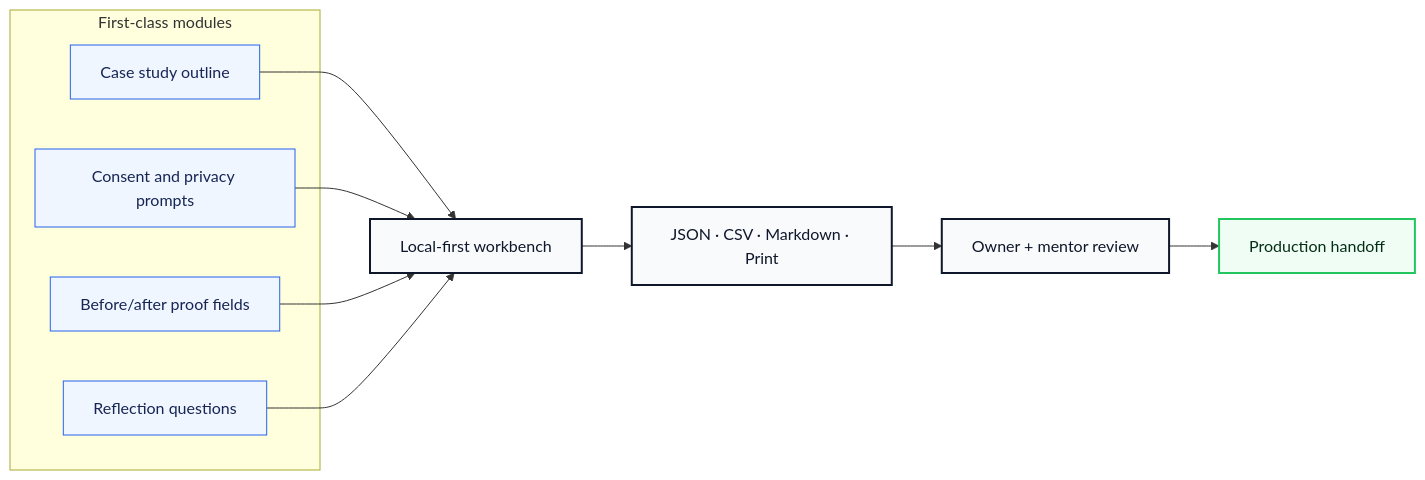
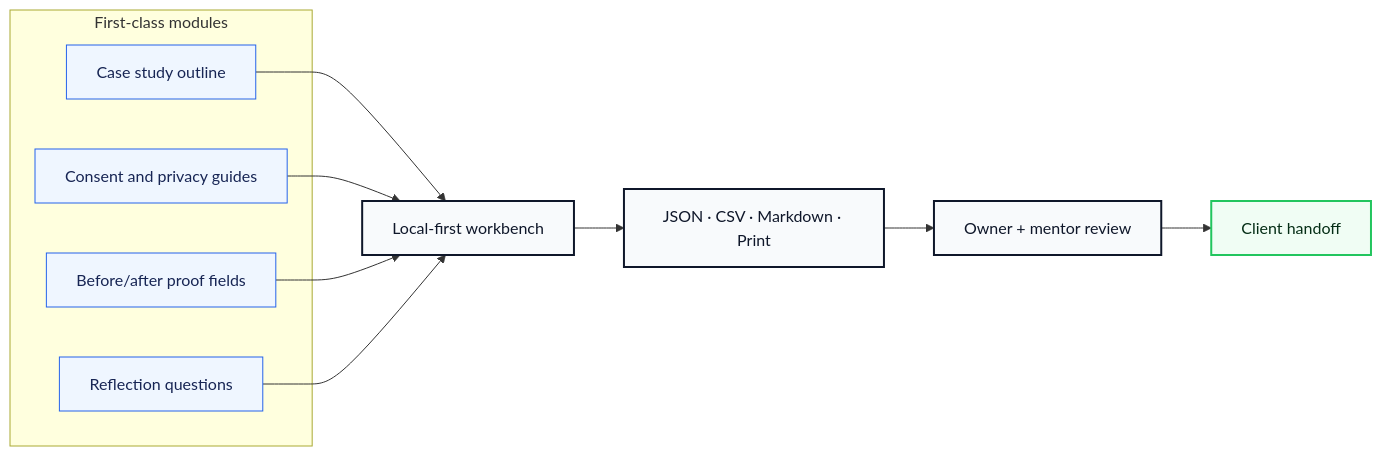
The second of 3 diagrams in README.md (volta-npo/portfolio-case-study-generator), drawn with Mermaid before and after one commit. The commit also changed other lines of this file and 28 other files, not shown here.

````diff
--- a/README.md
+++ b/README.md
@@ -64,23 +64,23 @@
 ```mermaid
 flowchart LR
     subgraph Modules["First-class modules"]
         M1["Case study outline"]
-        M2["Consent and privacy prompts"]
+        M2["Consent and privacy guides"]
         M3["Before/after proof fields"]
         M4["Reflection questions"]
     end
     M1 --> Workbench
     M2 --> Workbench
     M3 --> Workbench
     M4 --> Workbench
     Workbench["Local-first workbench"] --> Exports["JSON · CSV · Markdown · Print"]
     Exports --> Review["Owner + mentor review"]
-    Review --> Launch["Production handoff"]
+    Review --> Launch["Client handoff"]
 
     classDef module fill:#eff6ff,stroke:#2563eb,color:#172554;
     classDef app fill:#f8fafc,stroke:#0f172a,color:#0f172a,stroke-width:2px;
     classDef launch fill:#f0fdf4,stroke:#22c55e,color:#052e16,stroke-width:2px;
     class M1,M2,M3,M4 module;
     class Workbench,Exports,Review app;
     class Launch launch;
 ```
````
